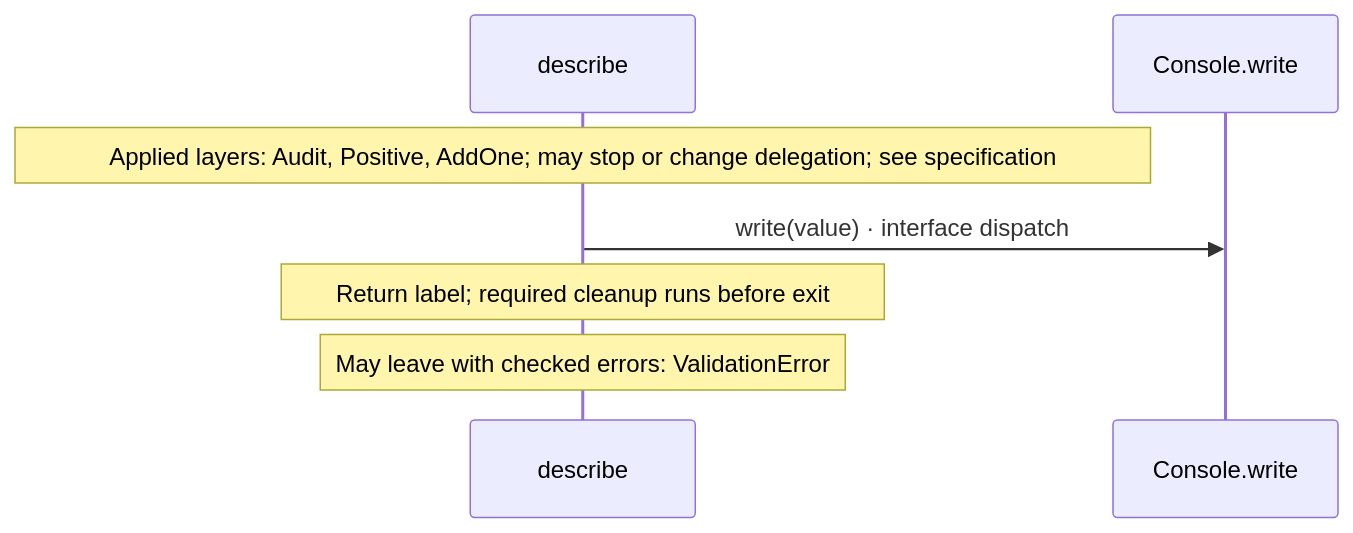
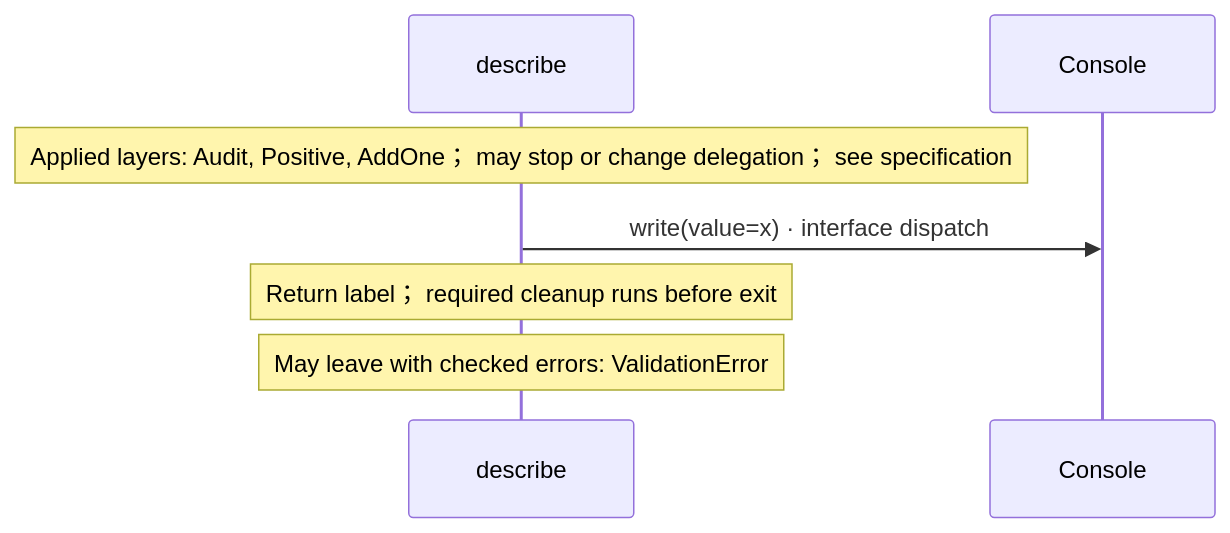
Before and after one commit to GreenPandaStudios/augscript: the third of 3 diagrams in docs/examples/interceptors/app-diagrams.md, drawn with Mermaid. The commit also changed other lines of this file and 524 other files, not shown here.

Commit message:
Explain checked data flow at folder and service levels

````diff
--- a/docs/examples/interceptors/app-diagrams.md
+++ b/docs/examples/interceptors/app-diagrams.md
@@ -72,9 +73,9 @@
 ```mermaid
 sequenceDiagram
     participant p0 as describe
-    participant p1 as Console.write
-    Note over p0: Applied layers: Audit, Positive, AddOne#59; may stop or change delegation#59; see specification
-    p0->>p1: write(value) · interface dispatch
-    Note over p0: Return label#59; required cleanup runs before exit
+    participant p1 as Console
+    Note over p0: Applied layers: Audit, Positive, AddOne； may stop or change delegation； see specification
+    p0->>p1: write(value=x) · interface dispatch
+    Note over p0: Return label； required cleanup runs before exit
     Note over p0: May leave with checked errors: ValidationError
 ```
````
